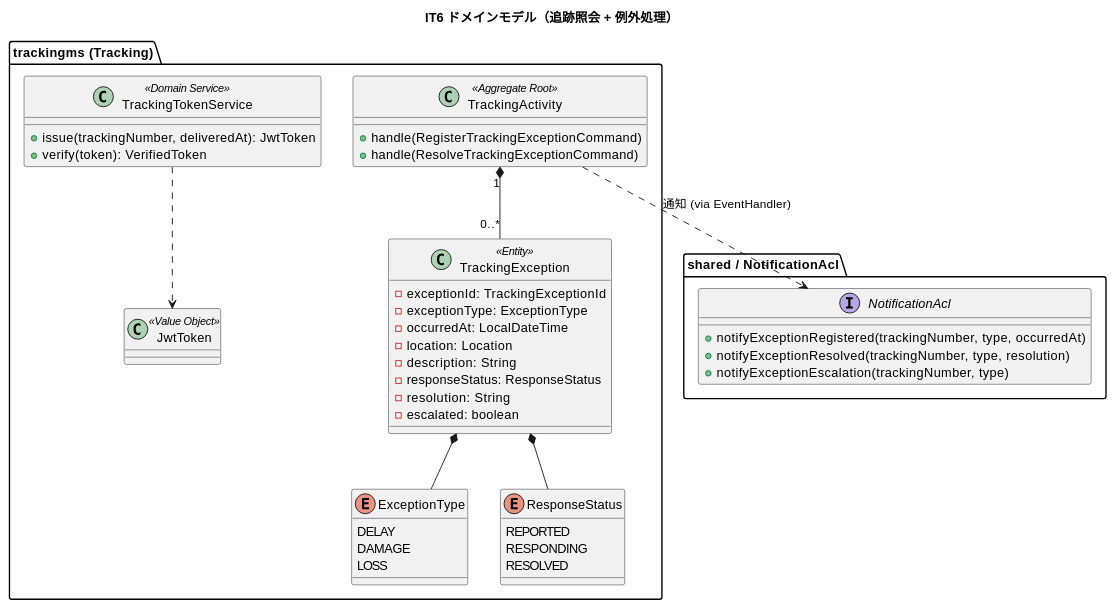
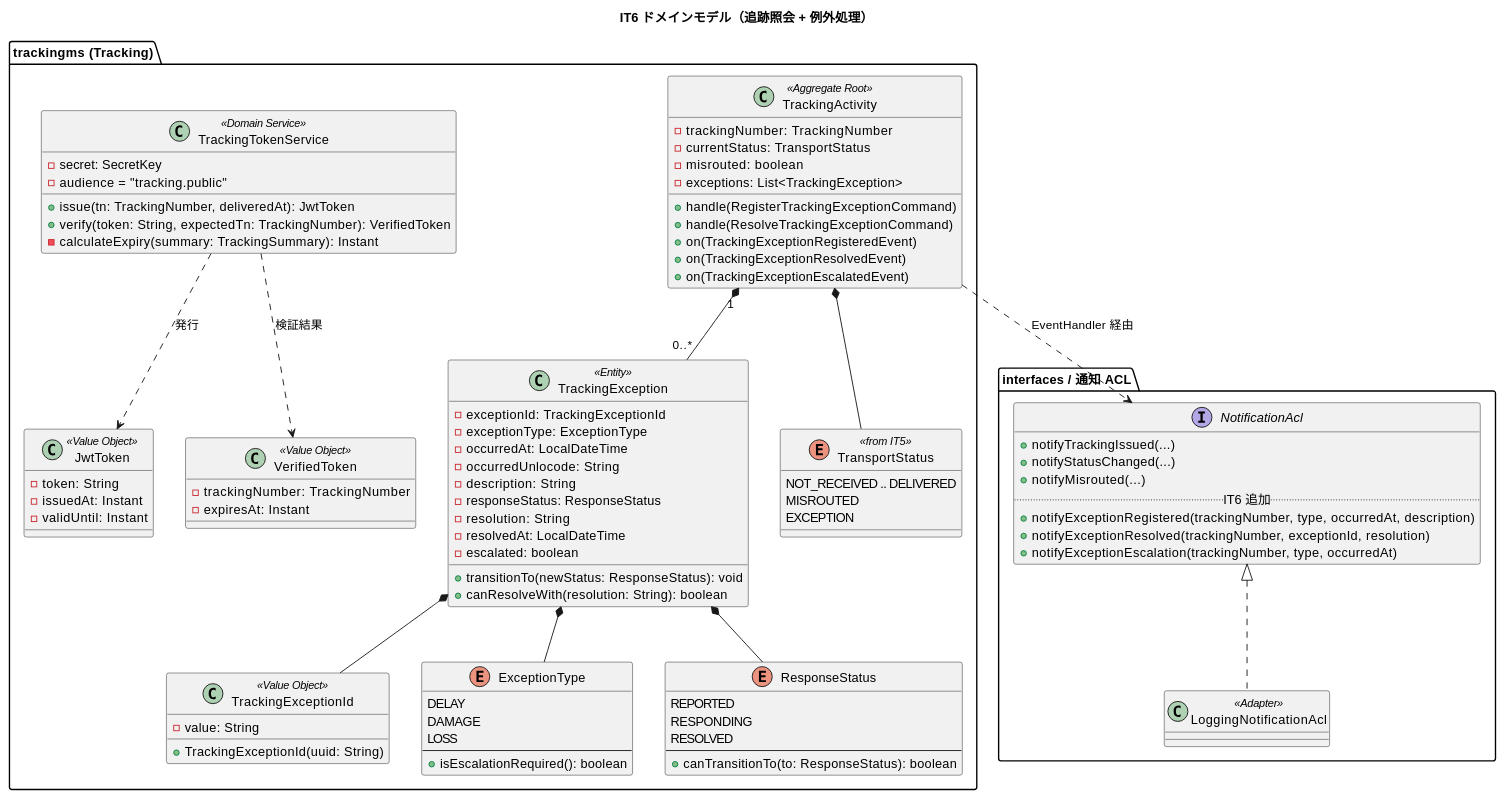
The third of 11 diagrams in docs/development/iteration_plan-6.md (k2works/case-study-cargo-tracker), drawn with PlantUML before and after one commit. The commit also changed other lines of this file, not shown here.

````diff
--- a/docs/development/iteration_plan-6.md
+++ b/docs/development/iteration_plan-6.md
@@ -197,48 +200,103 @@
 
 package "trackingms (Tracking)" {
   class TrackingActivity <<Aggregate Root>> {
+    - trackingNumber: TrackingNumber
+    - currentStatus: TransportStatus
+    - misrouted: boolean
+    - exceptions: List<TrackingException>
     + handle(RegisterTrackingExceptionCommand)
     + handle(ResolveTrackingExceptionCommand)
+    + on(TrackingExceptionRegisteredEvent)
+    + on(TrackingExceptionResolvedEvent)
+    + on(TrackingExceptionEscalatedEvent)
   }
+
   class TrackingException <<Entity>> {
     - exceptionId: TrackingExceptionId
     - exceptionType: ExceptionType
     - occurredAt: LocalDateTime
-    - location: Location
+    - occurredUnlocode: String
     - description: String
     - responseStatus: ResponseStatus
     - resolution: String
+    - resolvedAt: LocalDateTime
     - escalated: boolean
+    + transitionTo(newStatus: ResponseStatus): void
+    + canResolveWith(resolution: String): boolean
   }
+
+  class TrackingExceptionId <<Value Object>> {
+    - value: String
+    + TrackingExceptionId(uuid: String)
+  }
+
   enum ExceptionType {
     DELAY
     DAMAGE
     LOSS
+    --
+    + isEscalationRequired(): boolean
   }
+
   enum ResponseStatus {
     REPORTED
     RESPONDING
     RESOLVED
+    --
+    + canTransitionTo(to: ResponseStatus): boolean
   }
+
   class TrackingTokenService <<Domain Service>> {
-    + issue(trackingNumber, deliveredAt): JwtToken
-    + verify(token): VerifiedToken
+    - secret: SecretKey
+    - audience = "tracking.public"
+    + issue(tn: TrackingNumber, deliveredAt): JwtToken
+    + verify(token: String, expectedTn: TrackingNumber): VerifiedToken
+    - calculateExpiry(summary: TrackingSummary): Instant
   }
-  class JwtToken <<Value Object>>
-}
 
-package "shared / NotificationAcl" {
-  interface NotificationAcl {
-    + notifyExceptionRegistered(trackingNumber, type, occurredAt)
-    + notifyExceptionResolved(trackingNumber, type, resolution)
-    + notifyExceptionEscalation(trackingNumber, type)
+  class JwtToken <<Value Object>> {
+    - token: String
+    - issuedAt: Instant
+    - validUntil: Instant
+  }
+
+  class VerifiedToken <<Value Object>> {
+    - trackingNumber: TrackingNumber
+    - expiresAt: Instant
+  }
+
+  ' 既存（IT5）の TrackingActivity フィールドと TransportStatus 9 値・MISROUTED 救済（IT5 H5）
+  enum TransportStatus <<from IT5>> {
+    NOT_RECEIVED .. DELIVERED
+    MISROUTED
+    EXCEPTION
   }
 }
 
+package "interfaces / 通知 ACL" {
+  interface NotificationAcl {
+    + notifyTrackingIssued(...)
+    + notifyStatusChanged(...)
+    + notifyMisrouted(...)
+    .. IT6 追加 ..
+    + notifyExceptionRegistered(trackingNumber, type, occurredAt, description)
+    + notifyExceptionResolved(trackingNumber, exceptionId, resolution)
+    + notifyExceptionEscalation(trackingNumber, type, occurredAt)
+  }
+
+  class LoggingNotificationAcl <<Adapter>>
+}
+
 TrackingActivity "1" *-- "0..*" TrackingException
+TrackingActivity *-- TransportStatus
+TrackingException *-- TrackingExceptionId
 TrackingException *-- ExceptionType
 TrackingException *-- ResponseStatus
-TrackingTokenService ..> JwtToken
-TrackingActivity ..> NotificationAcl : 通知 (via EventHandler)
+
+TrackingTokenService ..> JwtToken : 発行
+TrackingTokenService ..> VerifiedToken : 検証結果
+
+NotificationAcl <|.. LoggingNotificationAcl
+TrackingActivity ..> NotificationAcl : EventHandler 経由
 @enduml
 ```
````
